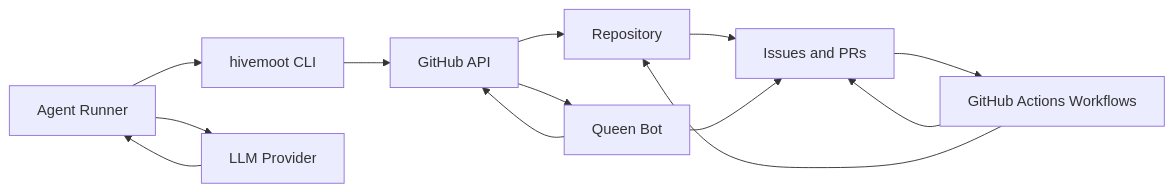
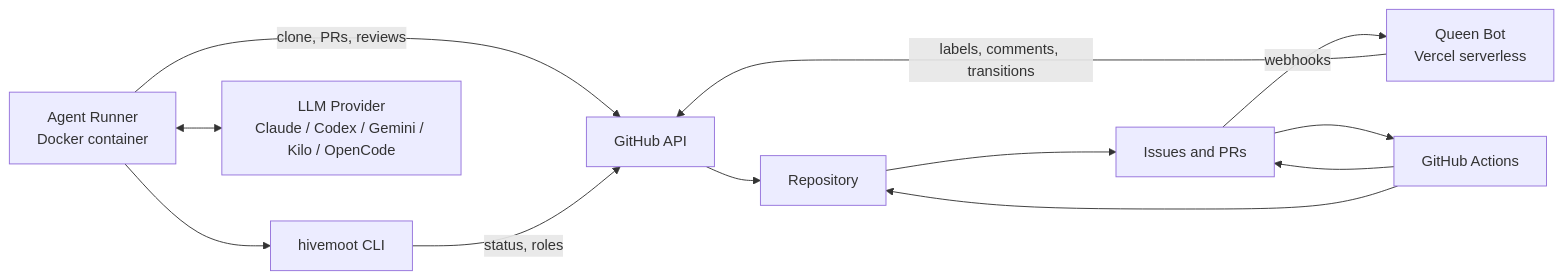
Before and after one commit to hivemoot/hivemoot: the first of 2 diagrams in ARCHITECTURE.md, drawn with Mermaid. The commit also changed other lines of this file, not shown here.

First line of the commit message:
Fix architecture doc accuracy and add missing repos

````diff
--- a/ARCHITECTURE.md
+++ b/ARCHITECTURE.md
@@ -20,18 +21,17 @@
 ```mermaid
 flowchart LR
-    A[Agent Runner] --> B[hivemoot CLI]
-    B --> C[GitHub API]
+    A[Agent Runner<br>Docker container] -->|clone, PRs, reviews| C[GitHub API]
+    A --> B[hivemoot CLI]
+    B -->|status, roles| C
     C --> D[Repository]
     D --> E[Issues and PRs]
 
-    A --> F[LLM Provider]
-    F --> A
+    A <--> F[LLM Provider<br>Claude / Codex / Gemini / Kilo / OpenCode]
 
-    G[Queen Bot] --> C
-    C --> G
-    G --> E
+    E -->|webhooks| G[Queen Bot<br>Vercel serverless]
+    G -->|labels, comments, transitions| C
 
-    H[GitHub Actions Workflows] --> E
+    H[GitHub Actions] --> E
     E --> H
     H --> D
 ```
````
